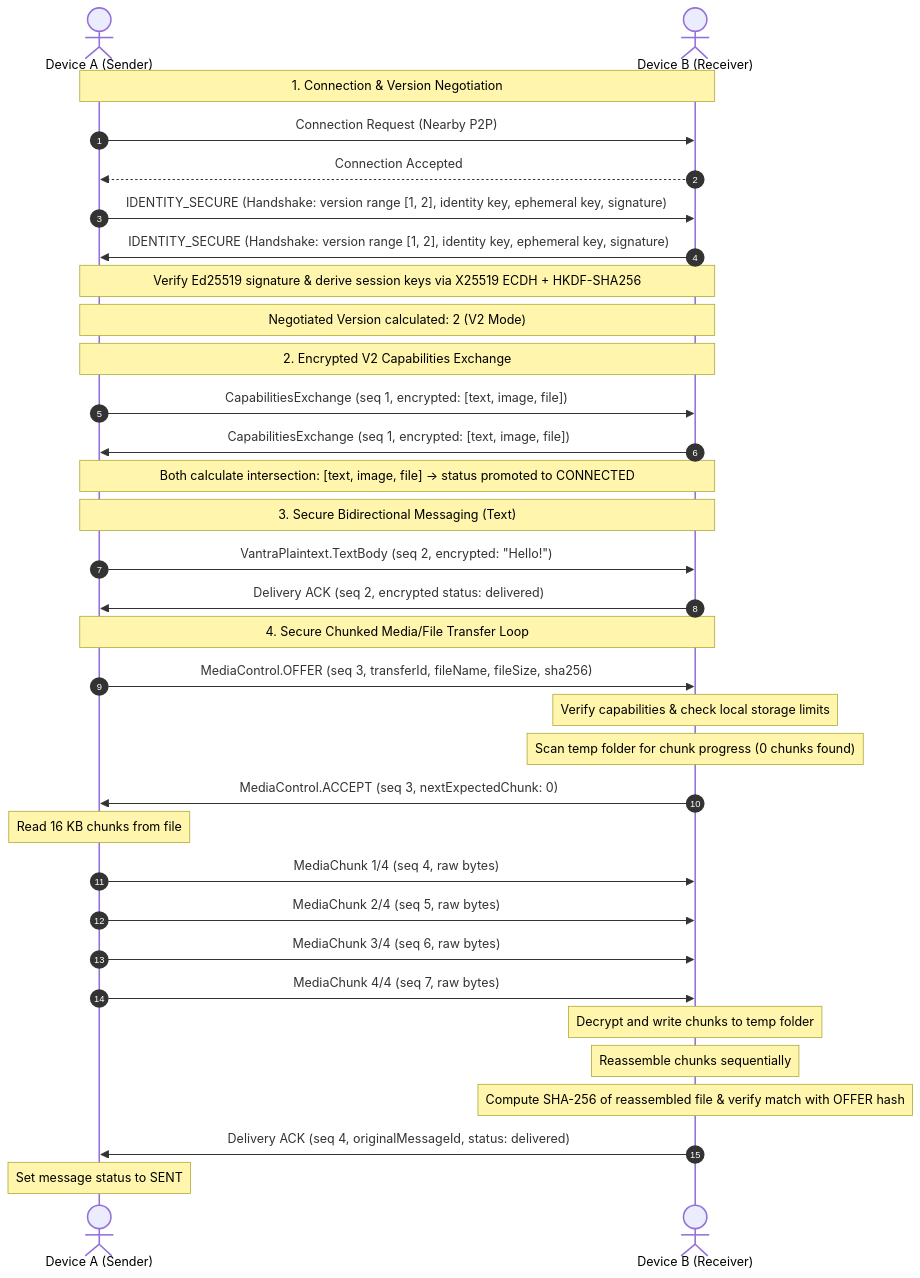
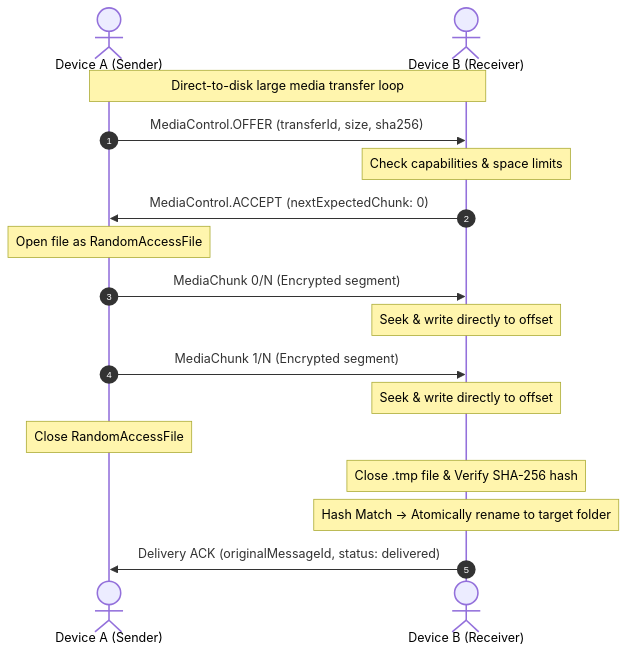
The fourth of 4 diagrams in README.md (tonyloki/Vantra--Where-Devices-Become-the-Network-), drawn with Mermaid before and after one commit. The commit also changed other lines of this file and 5 other files, not shown here.

````diff
--- a/README.md
+++ b/README.md
@@ -91,41 +150,22 @@
 ```mermaid
 sequenceDiagram
     autonumber
     actor Alice as Device A (Sender)
     actor Bob as Device B (Receiver)
 
-    Note over Alice, Bob: 1. Connection & Version Negotiation
-    Alice->>Bob: Connection Request (Nearby P2P)
-    Bob-->>Alice: Connection Accepted
-    Alice->>Bob: IDENTITY_SECURE (Handshake: version range [1, 2], identity key, ephemeral key, signature)
-    Bob->>Alice: IDENTITY_SECURE (Handshake: version range [1, 2], identity key, ephemeral key, signature)
-    Note over Alice, Bob: Verify Ed25519 signature & derive session keys via X25519 ECDH + HKDF-SHA256
-    Note over Alice, Bob: Negotiated Version calculated: 2 (V2 Mode)
-
-    Note over Alice, Bob: 2. Encrypted V2 Capabilities Exchange
-    Alice->>Bob: CapabilitiesExchange (seq 1, encrypted: [text, image, file])
-    Bob->>Alice: CapabilitiesExchange (seq 1, encrypted: [text, image, file])
-    Note over Alice, Bob: Both calculate intersection: [text, image, file] -> status promoted to CONNECTED
-
-    Note over Alice, Bob: 3. Secure Bidirectional Messaging (Text)
-    Alice->>Bob: VantraPlaintext.TextBody (seq 2, encrypted: "Hello!")
-    Bob->>Alice: Delivery ACK (seq 2, encrypted status: delivered)
-
-    Note over Alice, Bob: 4. Secure Chunked Media/File Transfer Loop
-    Alice->>Bob: MediaControl.OFFER (seq 3, transferId, fileName, fileSize, sha256)
-    Note over Bob: Verify capabilities & check local storage limits
-    Note over Bob: Scan temp folder for chunk progress (0 chunks found)
-    Bob->>Alice: MediaControl.ACCEPT (seq 3, nextExpectedChunk: 0)
-
-    Note over Alice: Read 16 KB chunks from file
-    Alice->>Bob: MediaChunk 1/4 (seq 4, raw bytes)
-    Alice->>Bob: MediaChunk 2/4 (seq 5, raw bytes)
-    Alice->>Bob: MediaChunk 3/4 (seq 6, raw bytes)
-    Alice->>Bob: MediaChunk 4/4 (seq 7, raw bytes)
-    Note over Bob: Decrypt and write chunks to temp folder
-
-    Note over Bob: Reassemble chunks sequentially
-    Note over Bob: Compute SHA-256 of reassembled file & verify match with OFFER hash
-    Bob->>Alice: Delivery ACK (seq 4, originalMessageId, status: delivered)
-    Note over Alice: Set message status to SENT
+    Note over Alice, Bob: Direct-to-disk large media transfer loop
+    Alice->>Bob: MediaControl.OFFER (transferId, size, sha256)
+    Note over Bob: Check capabilities & space limits
+    Bob->>Alice: MediaControl.ACCEPT (nextExpectedChunk: 0)
+    
+    Note over Alice: Open file as RandomAccessFile
+    Alice->>Bob: MediaChunk 0/N (Encrypted segment)
+    Note over Bob: Seek & write directly to offset
+    Alice->>Bob: MediaChunk 1/N (Encrypted segment)
+    Note over Bob: Seek & write directly to offset
+    
+    Note over Alice: Close RandomAccessFile
+    Note over Bob: Close .tmp file & Verify SHA-256 hash
+    Note over Bob: Hash Match -> Atomically rename to target folder
+    Bob->>Alice: Delivery ACK (originalMessageId, status: delivered)
 ```
````
